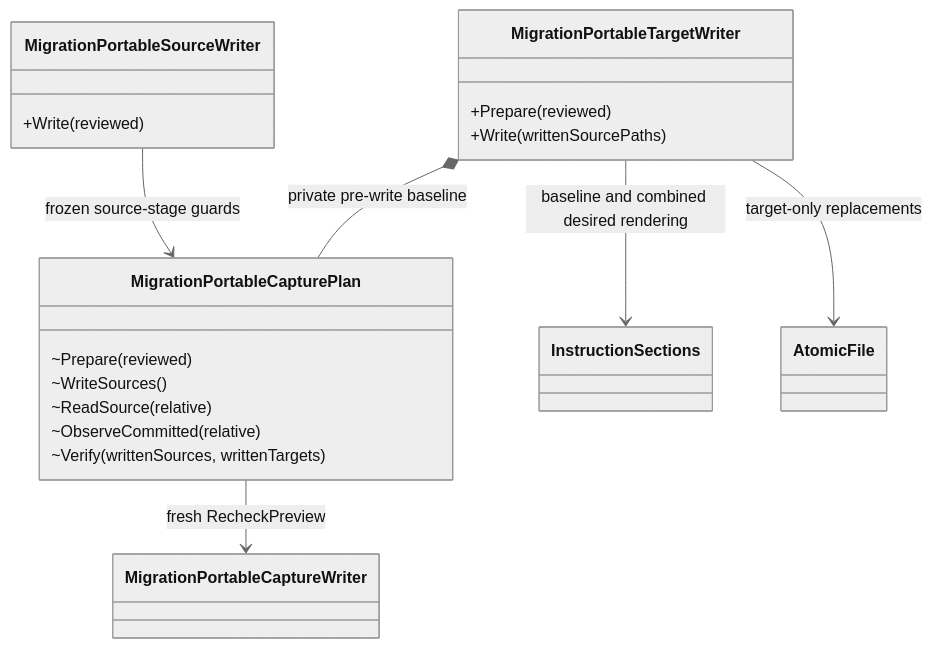
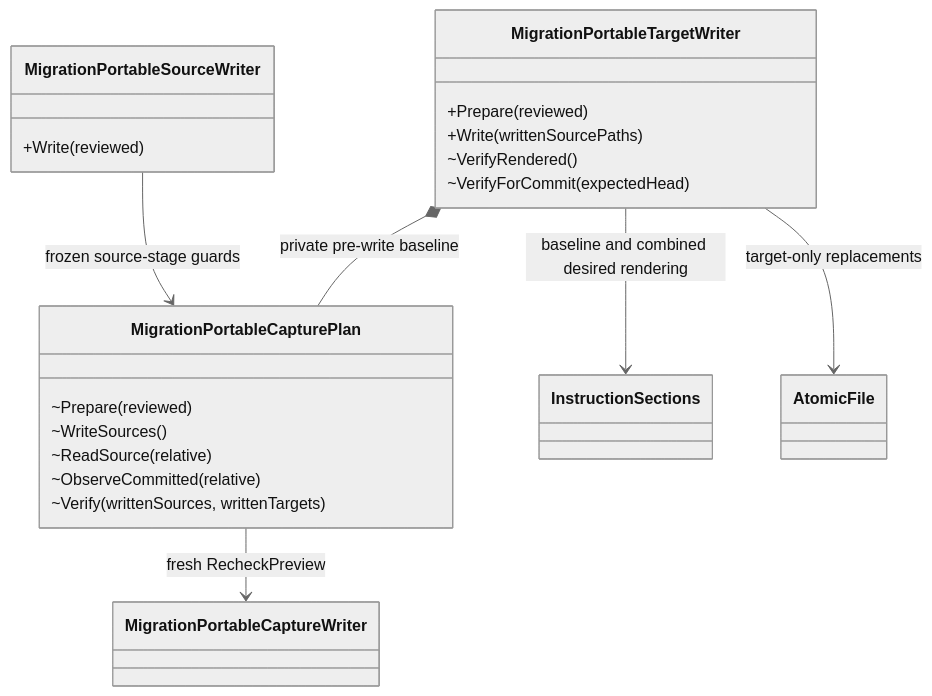
Diagram 15 of 21 in docs/architecture.md (ferrywlto/ai-env-as-code), drawn with Mermaid (neutral theme) before and after one commit. The commit also changed other lines of this file and 7 other files, not shown here.

````diff
--- a/docs/architecture.md
+++ b/docs/architecture.md
@@ -453,22 +454,24 @@
 ```mermaid
 classDiagram
     class MigrationPortableCapturePlan {
         ~Prepare(reviewed)
         ~WriteSources()
         ~ReadSource(relative)
         ~ObserveCommitted(relative)
         ~Verify(writtenSources, writtenTargets)
     }
     class MigrationPortableSourceWriter {
         +Write(reviewed)
     }
     class MigrationPortableTargetWriter {
         +Prepare(reviewed)
         +Write(writtenSourcePaths)
+        ~VerifyRendered()
+        ~VerifyForCommit(expectedHead)
     }
     MigrationPortableSourceWriter --> MigrationPortableCapturePlan : frozen source-stage guards
     MigrationPortableTargetWriter *-- MigrationPortableCapturePlan : private pre-write baseline
     MigrationPortableCapturePlan --> MigrationPortableCaptureWriter : fresh RecheckPreview
     MigrationPortableTargetWriter --> InstructionSections : baseline and combined desired rendering
     MigrationPortableTargetWriter --> AtomicFile : target-only replacements
 ```
````
